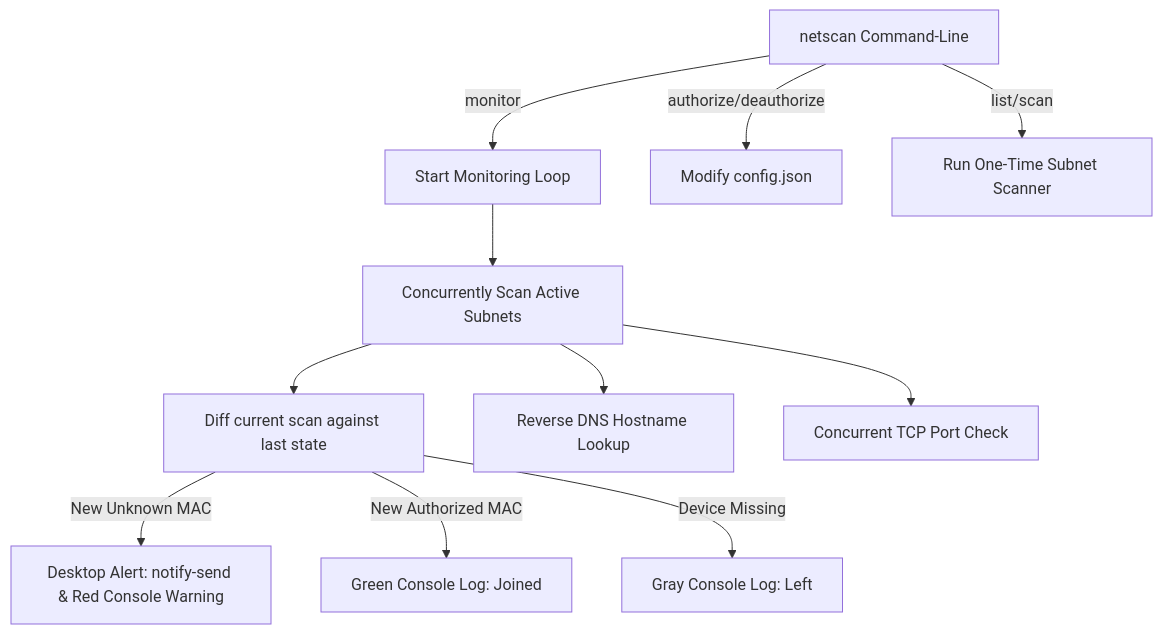
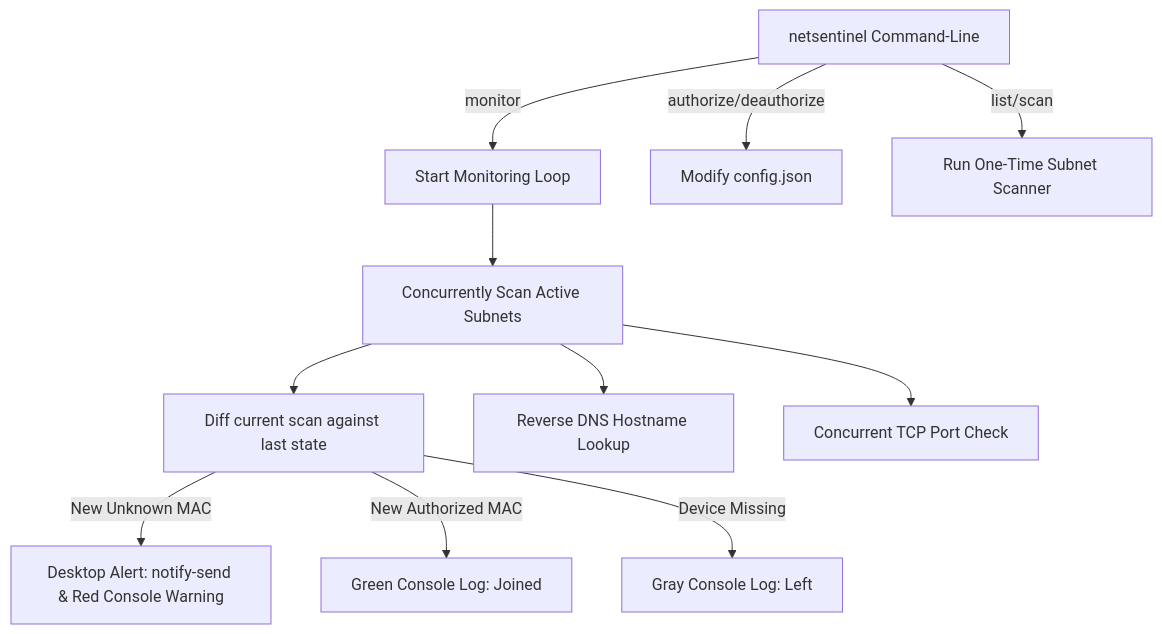
One commit to quintusjonath-jemy/netScan changed the diagram in README.md. Above: the diagram before and after it, drawn with Mermaid. The commit also changed other lines of this file and 18 other files, not shown here.

````diff
--- a/README.md
+++ b/README.md
@@ -96,15 +96,15 @@
 ```mermaid
 graph TD
-    A[netscan Command-Line] -->|monitor| B[Start Monitoring Loop]
+    A[netsentinel Command-Line] -->|monitor| B[Start Monitoring Loop]
     A -->|authorize/deauthorize| C[Modify config.json]
     A -->|list/scan| D[Run One-Time Subnet Scanner]
     
     B --> E[Concurrently Scan Active Subnets]
     E --> F[Diff current scan against last state]
     F -->|New Unknown MAC| G[Desktop Alert: notify-send & Red Console Warning]
     F -->|New Authorized MAC| H[Green Console Log: Joined]
     F -->|Device Missing| I[Gray Console Log: Left]
     
     E --> J[Reverse DNS Hostname Lookup]
     E --> K[Concurrent TCP Port Check]
 ```
````
